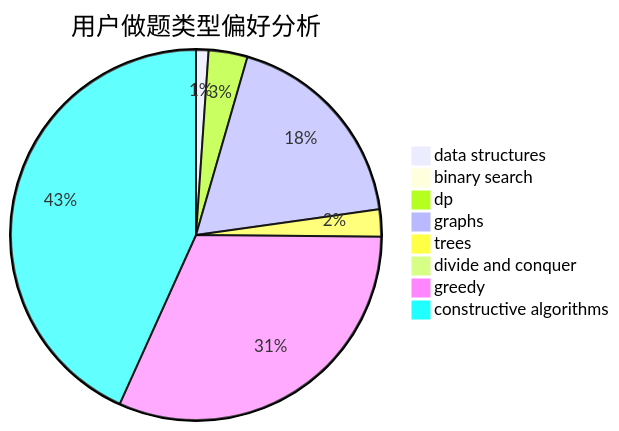
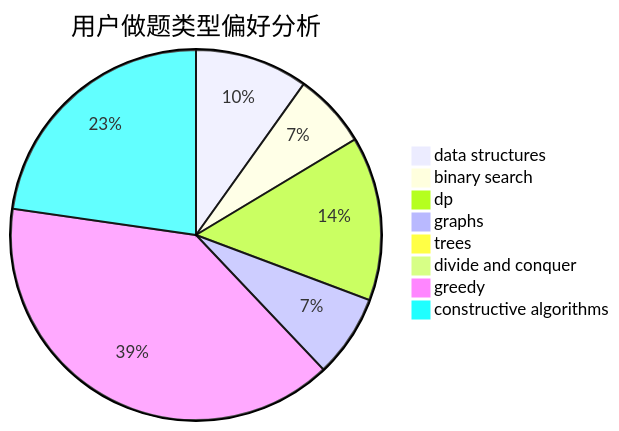
Before and after one commit to sherpahu/cfrs.github.io: the second of 3 diagrams in docs/user/u1291.md, drawn with Mermaid. The commit also changed other lines of this file and 2770 other files, not shown here.

````diff
--- a/docs/user/u1291.md
+++ b/docs/user/u1291.md
@@ -23,11 +23,11 @@
 ```mermaid
 pie title 用户做题类型偏好分析
-    "data structures" :  17
-    "binary search" :  8
-    "dp" :  53
-    "graphs" :  286
-    "trees" :  37
-    "divide and conquer" :  11
-    "greedy" :  494
-    "constructive algorithms" :  676
+    "data structures" :  168
+    "binary search" :  111
+    "dp" :  244
+    "graphs" :  123
+    "trees" :  0
+    "divide and conquer" :  0
+    "greedy" :  670
+    "constructive algorithms" :  387
 ```
````
